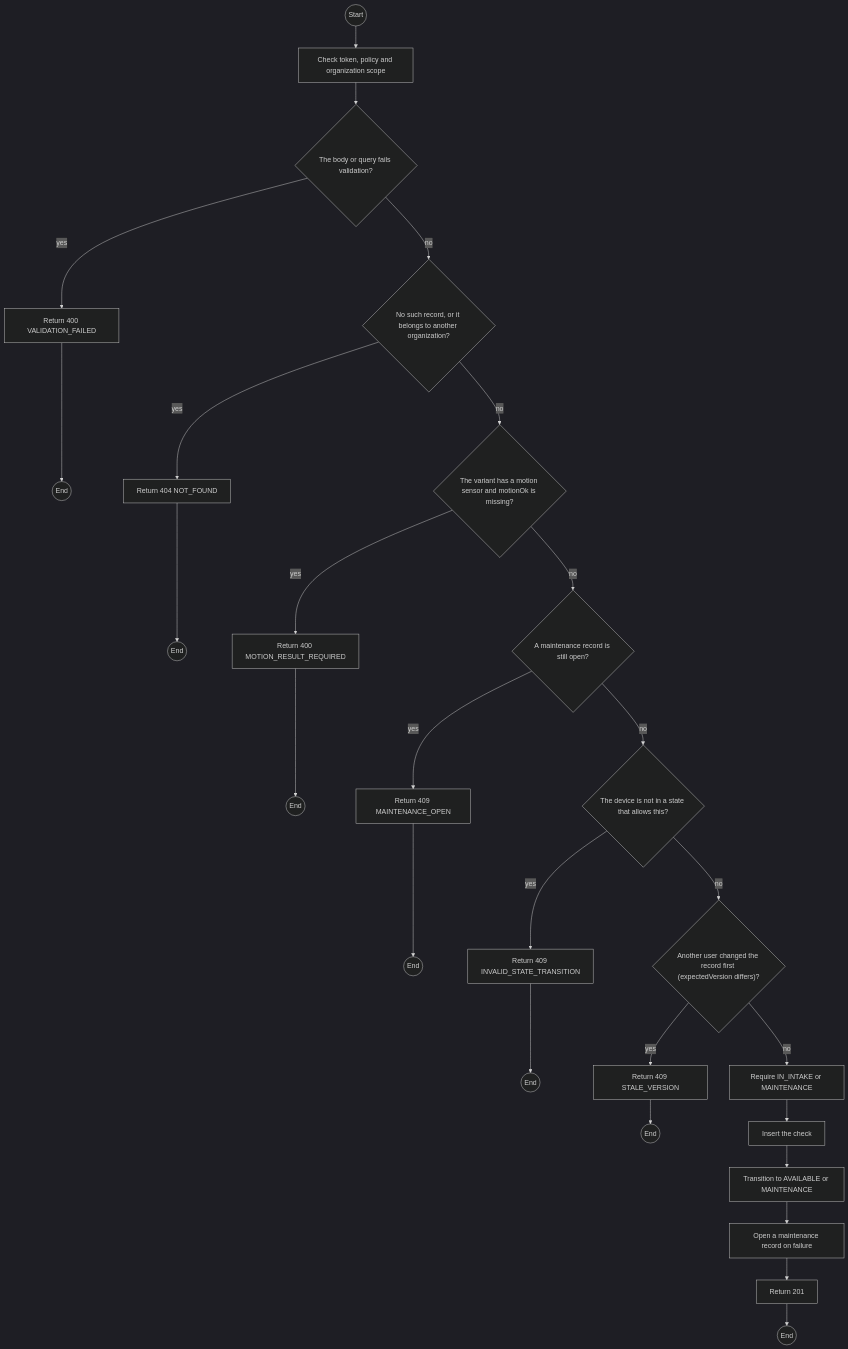
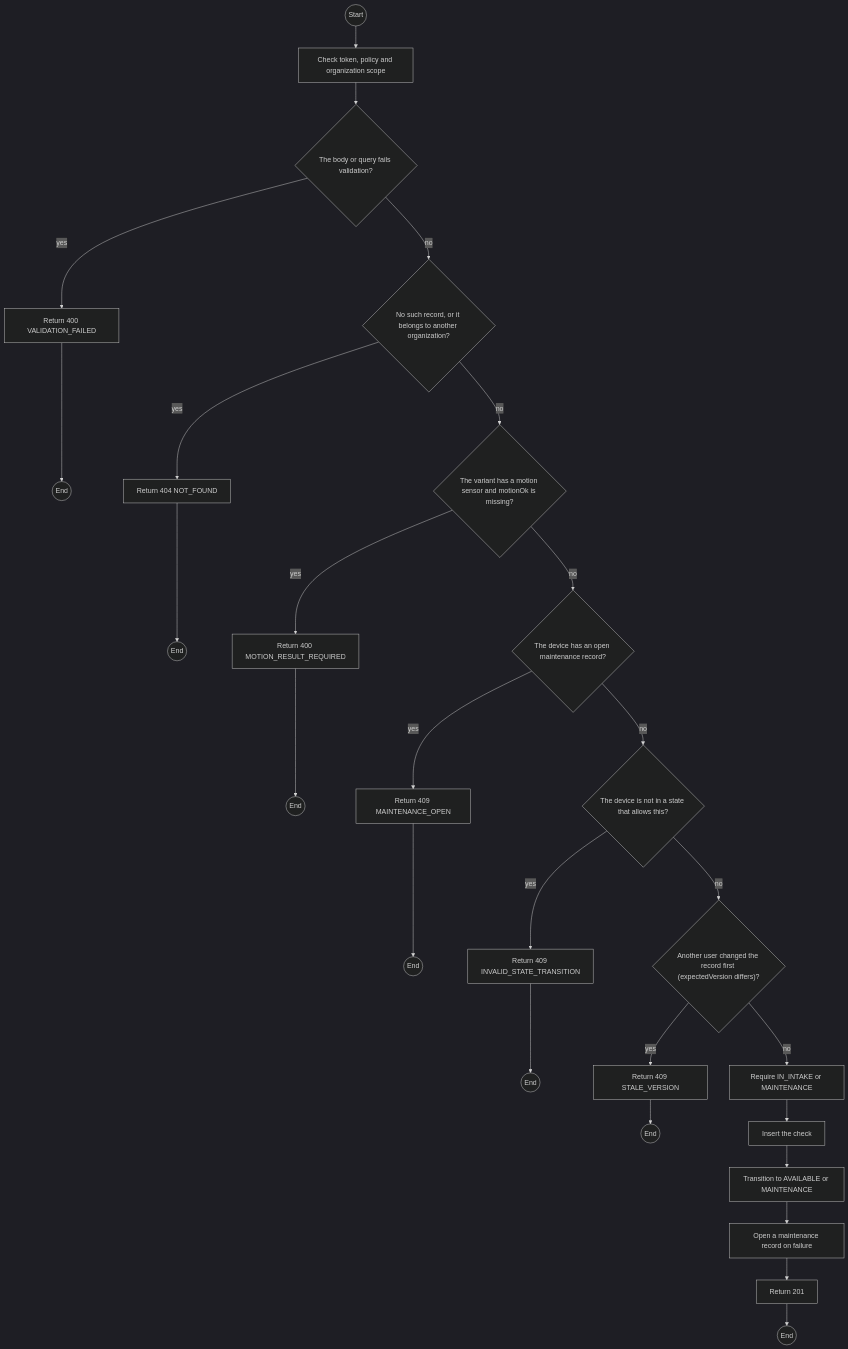
One commit to TrekLink-Team/treklink-web changed the first of 2 diagrams in specs/devices/api-design/09-post-devices-id-intake-checks.md. Above: the diagram before and after it, drawn with Mermaid (dark theme). The commit also changed other lines of this file and 7 other files, not shown here.

First line of the commit message:
fix: use one wording for MAINTENANCE_OPEN

````diff
--- a/specs/devices/api-design/09-post-devices-id-intake-checks.md
+++ b/specs/devices/api-design/09-post-devices-id-intake-checks.md
@@ -236,47 +236,47 @@
 ```mermaid
 flowchart TB
     S((Start))
     A0["Check token, policy and organization scope"]
     S --> A0
     D1{"The body or query fails validation?"}
     A0 --> D1
     E1["Return 400 VALIDATION_FAILED"]
     D1 -->|yes| E1
     E1 --> X1((End))
     D2{"No such record, or it belongs to another organization?"}
     D1 -->|no| D2
     E2["Return 404 NOT_FOUND"]
     D2 -->|yes| E2
     E2 --> X2((End))
     D3{"The variant has a motion sensor and motionOk is missing?"}
     D2 -->|no| D3
     E3["Return 400 MOTION_RESULT_REQUIRED"]
     D3 -->|yes| E3
     E3 --> X3((End))
-    D4{"A maintenance record is still open?"}
+    D4{"The device has an open maintenance record?"}
     D3 -->|no| D4
     E4["Return 409 MAINTENANCE_OPEN"]
     D4 -->|yes| E4
     E4 --> X4((End))
     D5{"The device is not in a state that allows this?"}
     D4 -->|no| D5
     E5["Return 409 INVALID_STATE_TRANSITION"]
     D5 -->|yes| E5
     E5 --> X5((End))
     D6{"Another user changed the record first (expectedVersion differs)?"}
     D5 -->|no| D6
     E6["Return 409 STALE_VERSION"]
     D6 -->|yes| E6
     E6 --> X6((End))
     P0["Require IN_INTAKE or MAINTENANCE"]
     D6 -->|no| P0
     P1["Insert the check"]
     P0 --> P1
     P2["Transition to AVAILABLE or MAINTENANCE"]
     P1 --> P2
     P3["Open a maintenance record on failure"]
     P2 --> P3
     OK["Return 201"]
     P3 --> OK
     OK --> Z((End))
 ```
````
